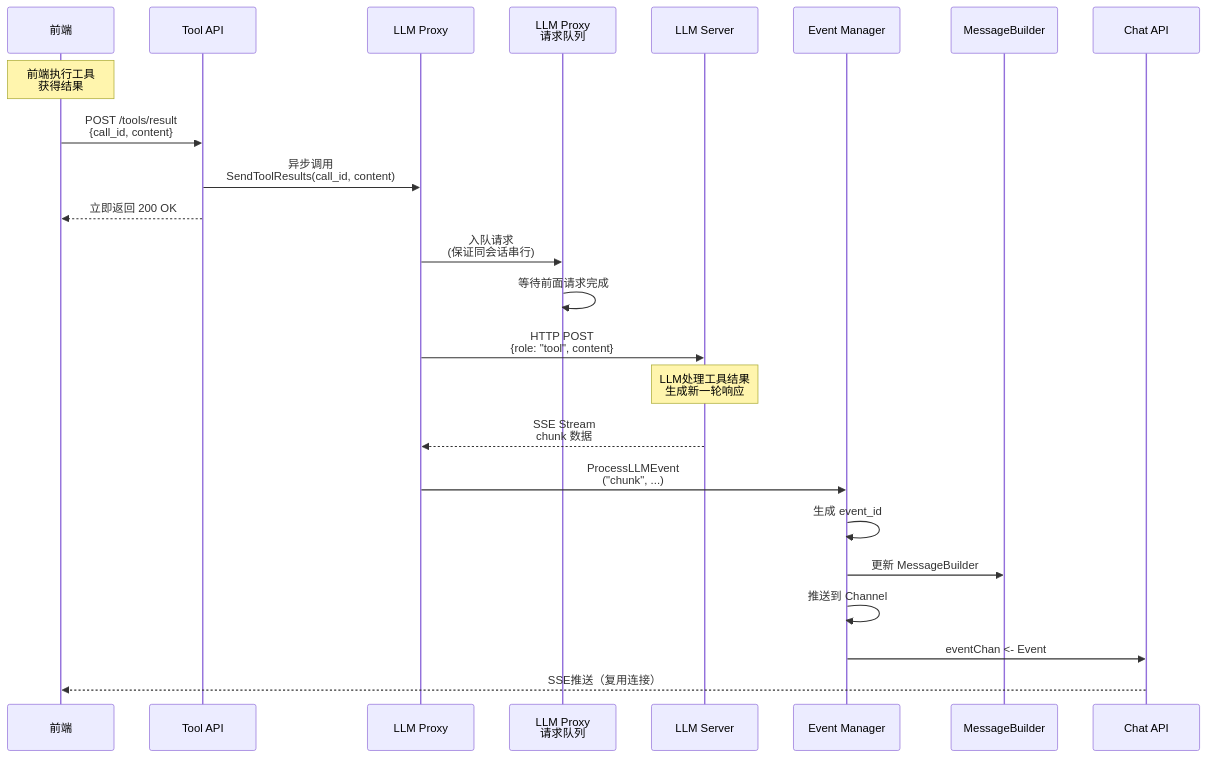
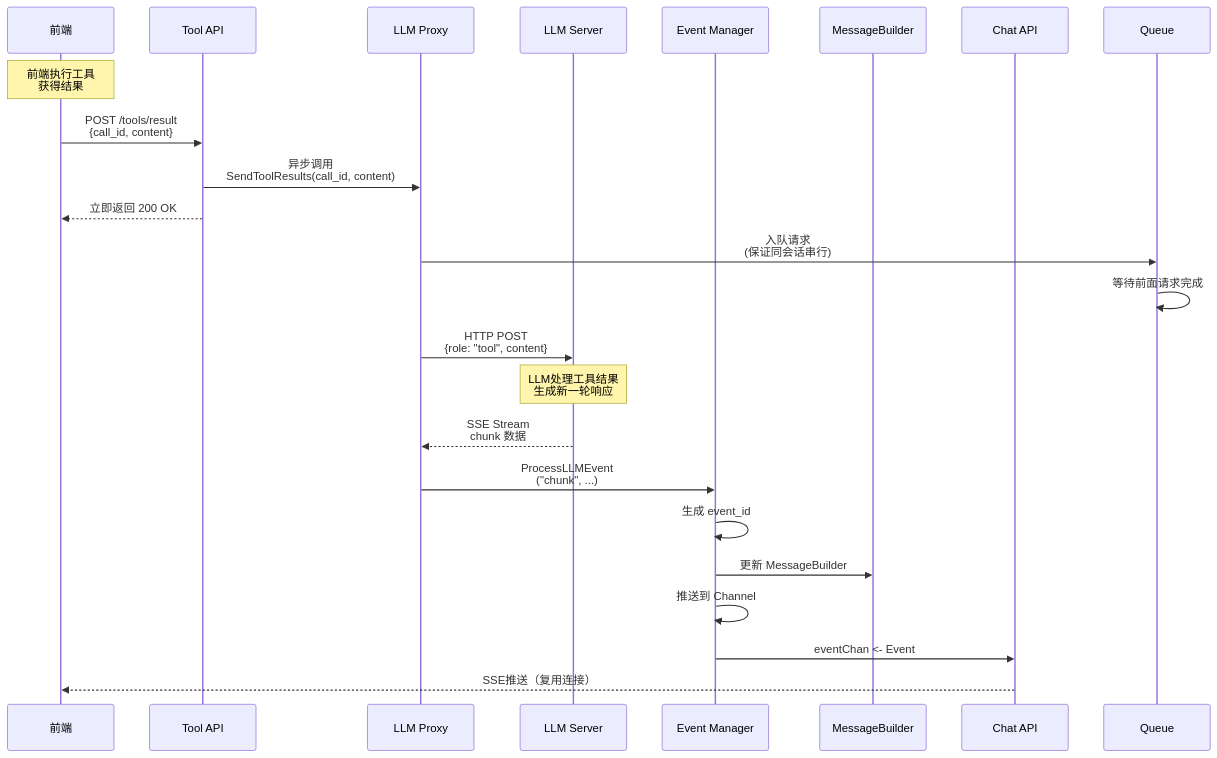
The diagram in all/未命名-10.md (yingjianzh/iodraw-files), drawn with Mermaid before and after one commit.

Commit message:
2025-12-24 11:21:51 update

````diff
--- a/all/未命名-10.md
+++ b/all/未命名-10.md
@@ -1,36 +1,35 @@
 ```mermaid
 sequenceDiagram
     participant FE as 前端
     participant ToolAPI as Tool API
     participant LLMProxy as LLM Proxy
-    participant Queue as LLM Proxy<br/>请求队列
     participant LLMServer as LLM Server
     participant EventMgr as Event Manager
     participant Builder as MessageBuilder
     participant ChatAPI as Chat API
 
     Note over FE: 前端执行工具<br/>获得结果
 
     FE->>ToolAPI: POST /tools/result<br/>{call_id, content}
     
     ToolAPI->>LLMProxy: 异步调用<br/>SendToolResults(call_id, content)
     ToolAPI-->>FE: 立即返回 200 OK
     
     LLMProxy->>Queue: 入队请求<br/>(保证同会话串行)
     Queue->>Queue: 等待前面请求完成
     
     LLMProxy->>LLMServer: HTTP POST<br/>{role: "tool", content}
     
     Note over LLMServer: LLM处理工具结果<br/>生成新一轮响应
     
     LLMServer-->>LLMProxy: SSE Stream<br/>chunk 数据
     
     LLMProxy->>EventMgr: ProcessLLMEvent<br/>("chunk", ...)
     
     EventMgr->>EventMgr: 生成 event_id
     EventMgr->>Builder: 更新 MessageBuilder
     EventMgr->>EventMgr: 推送到 Channel
     
     EventMgr->>ChatAPI: eventChan <- Event
     ChatAPI-->>FE: SSE推送（复用连接）
 ```
````
